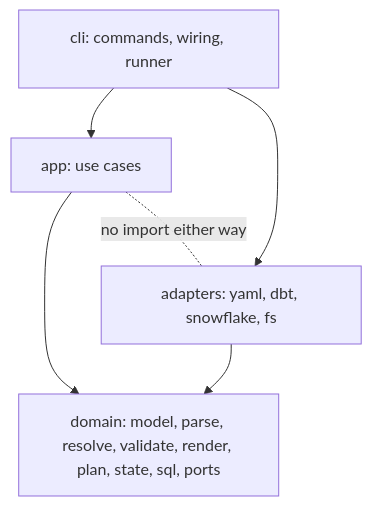
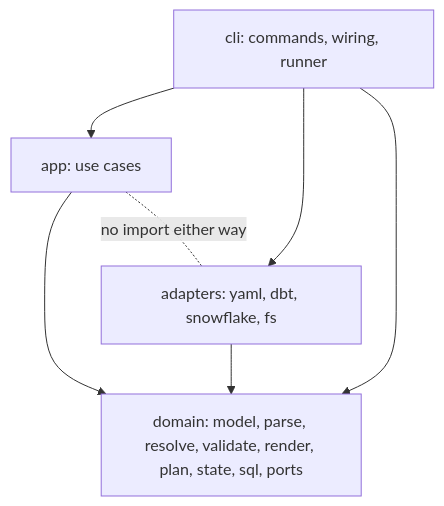
One commit to WhoopInc/snowflake-semantic-tools changed the first of 8 diagrams in docs/design/architecture.md. Above: the diagram before and after it, drawn with Mermaid. The commit also changed other lines of this file and 11 other files, not shown here.

````diff
--- a/docs/design/architecture.md
+++ b/docs/design/architecture.md
@@ -18,12 +18,13 @@
 ```mermaid
 flowchart TD
     cli["cli: commands, wiring, runner"]
     app["app: use cases"]
     adapters["adapters: yaml, dbt, snowflake, fs"]
     domain["domain: model, parse, resolve, validate, render, plan, state, sql, ports"]
     cli --> app
     cli --> adapters
+    cli --> domain
     app --> domain
     adapters --> domain
     app -.-|"no import either way"| adapters
 ```
````
